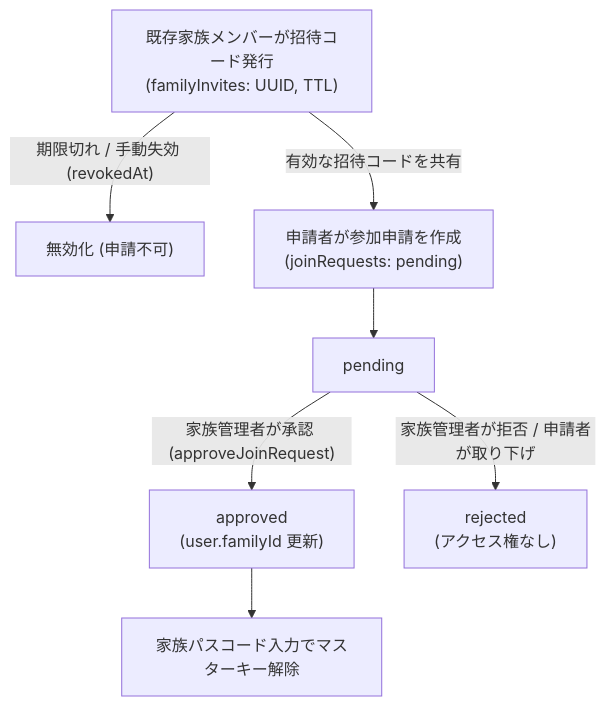
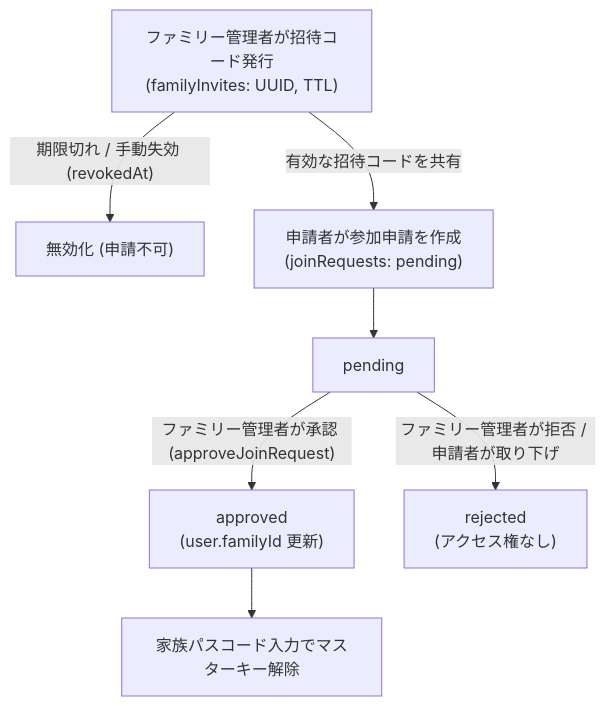
The second of 7 diagrams in .ai/domain.md (luthpg/poohma), drawn with Mermaid before and after one commit. The commit also changed other lines of this file and 21 other files, not shown here.

````diff
--- a/.ai/domain.md
+++ b/.ai/domain.md
@@ -38,12 +38,12 @@
 ```mermaid
 flowchart TD
-    Issue["既存家族メンバーが招待コード発行<br/>(familyInvites: UUID, TTL)"]
+    Issue["ファミリー管理者が招待コード発行<br/>(familyInvites: UUID, TTL)"]
     Issue -->|"期限切れ / 手動失効 (revokedAt)"| Invalid["無効化 (申請不可)"]
     Issue -->|"有効な招待コードを共有"| Apply["申請者が参加申請を作成<br/>(joinRequests: pending)"]
     
     Apply --> Pending["pending"]
-    Pending -->|"家族管理者が承認 (approveJoinRequest)"| Approved["approved<br/>(user.familyId 更新)"]
-    Pending -->|"家族管理者が拒否 / 申請者が取り下げ"| Rejected["rejected<br/>(アクセス権なし)"]
+    Pending -->|"ファミリー管理者が承認 (approveJoinRequest)"| Approved["approved<br/>(user.familyId 更新)"]
+    Pending -->|"ファミリー管理者が拒否 / 申請者が取り下げ"| Rejected["rejected<br/>(アクセス権なし)"]
     
     Approved --> Unlock["家族パスコード入力でマスターキー解除"]
 ```
````
